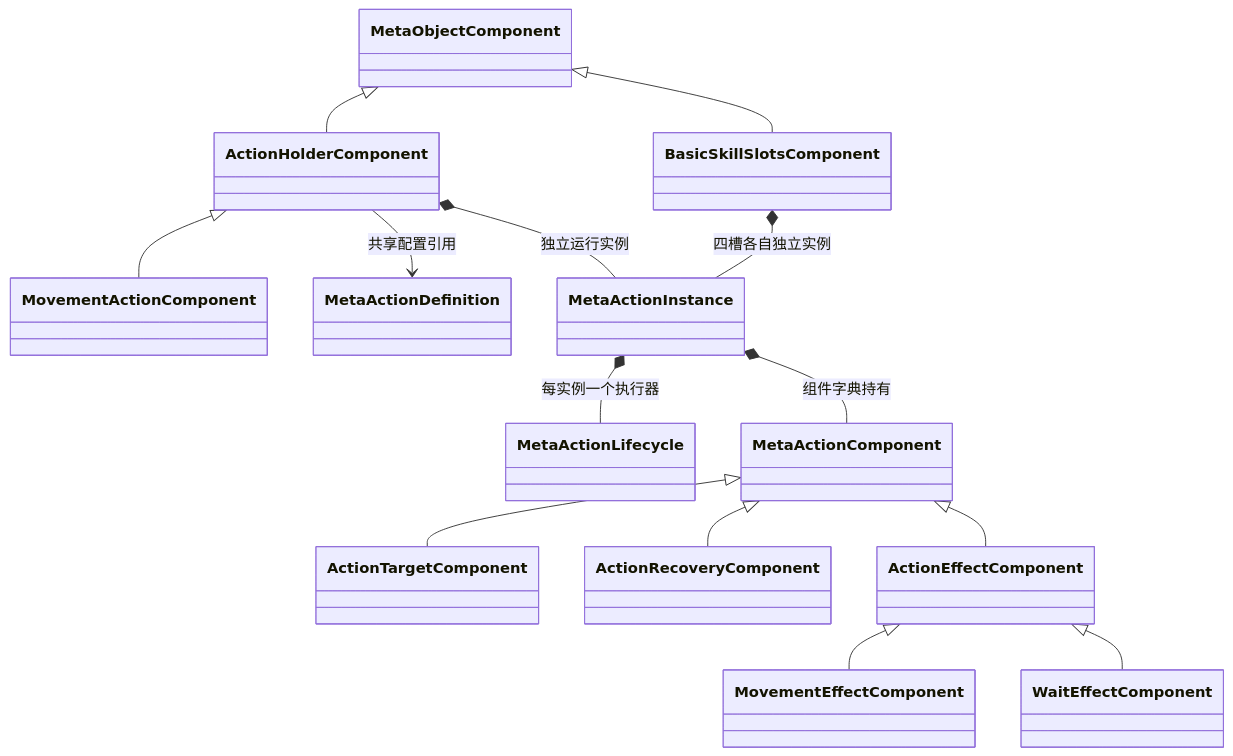
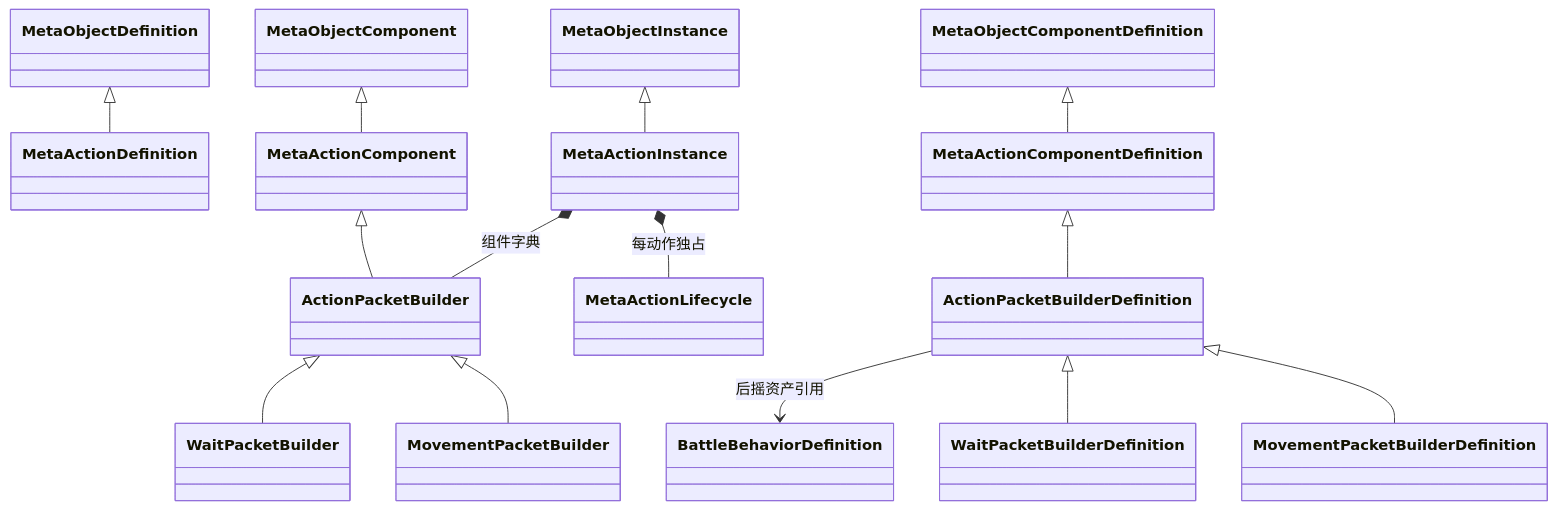
The diagram in 代码说明文档/30_MetaAction派生类型与动作组件代码设计案.md (ObALive/this), drawn with Mermaid before and after one commit. The commit also changed other lines of this file and 21 other files, not shown here.

````diff
--- a/代码说明文档/30_MetaAction派生类型与动作组件代码设计案.md
+++ b/代码说明文档/30_MetaAction派生类型与动作组件代码设计案.md
@@ -27,16 +16,16 @@
 ```mermaid
 classDiagram
-  MetaObjectComponent <|-- ActionHolderComponent
-  MetaObjectComponent <|-- BasicSkillSlotsComponent
-  ActionHolderComponent <|-- MovementActionComponent
-  ActionHolderComponent --> MetaActionDefinition : 共享配置引用
-  ActionHolderComponent *-- MetaActionInstance : 独立运行实例
-  BasicSkillSlotsComponent *-- MetaActionInstance : 四槽各自独立实例
-  MetaActionInstance *-- MetaActionLifecycle : 每实例一个执行器
-  MetaActionInstance *-- MetaActionComponent : 组件字典持有
-  MetaActionComponent <|-- ActionTargetComponent
-  MetaActionComponent <|-- ActionRecoveryComponent
-  MetaActionComponent <|-- ActionEffectComponent
-  ActionEffectComponent <|-- MovementEffectComponent
-  ActionEffectComponent <|-- WaitEffectComponent
+  MetaObjectDefinition <|-- MetaActionDefinition
+  MetaObjectInstance <|-- MetaActionInstance
+  MetaObjectComponent <|-- MetaActionComponent
+  MetaActionComponent <|-- ActionPacketBuilder
+  ActionPacketBuilder <|-- MovementPacketBuilder
+  ActionPacketBuilder <|-- WaitPacketBuilder
+  MetaObjectComponentDefinition <|-- MetaActionComponentDefinition
+  MetaActionComponentDefinition <|-- ActionPacketBuilderDefinition
+  ActionPacketBuilderDefinition <|-- MovementPacketBuilderDefinition
+  ActionPacketBuilderDefinition <|-- WaitPacketBuilderDefinition
+  MetaActionInstance *-- MetaActionLifecycle : 每动作独占
+  MetaActionInstance *-- ActionPacketBuilder : 组件字典
+  ActionPacketBuilderDefinition --> BattleBehaviorDefinition : 后摇资产引用
 ```
````
